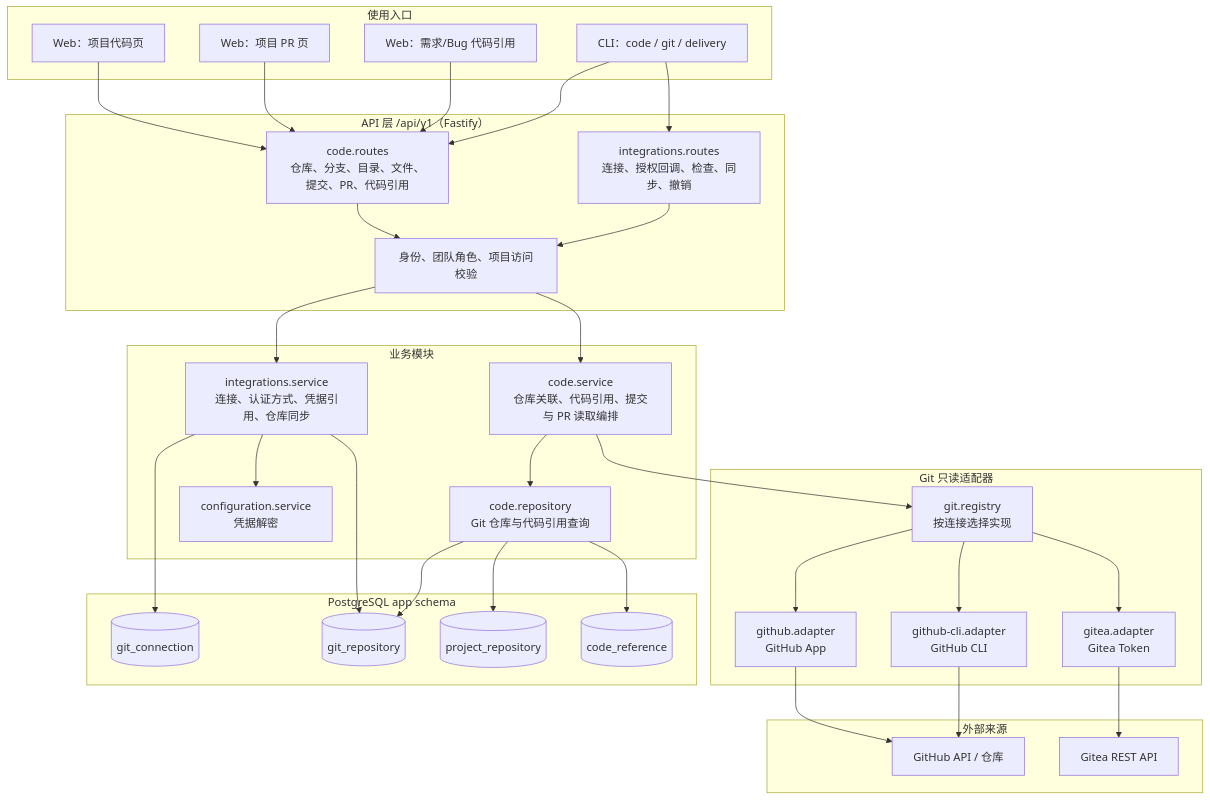
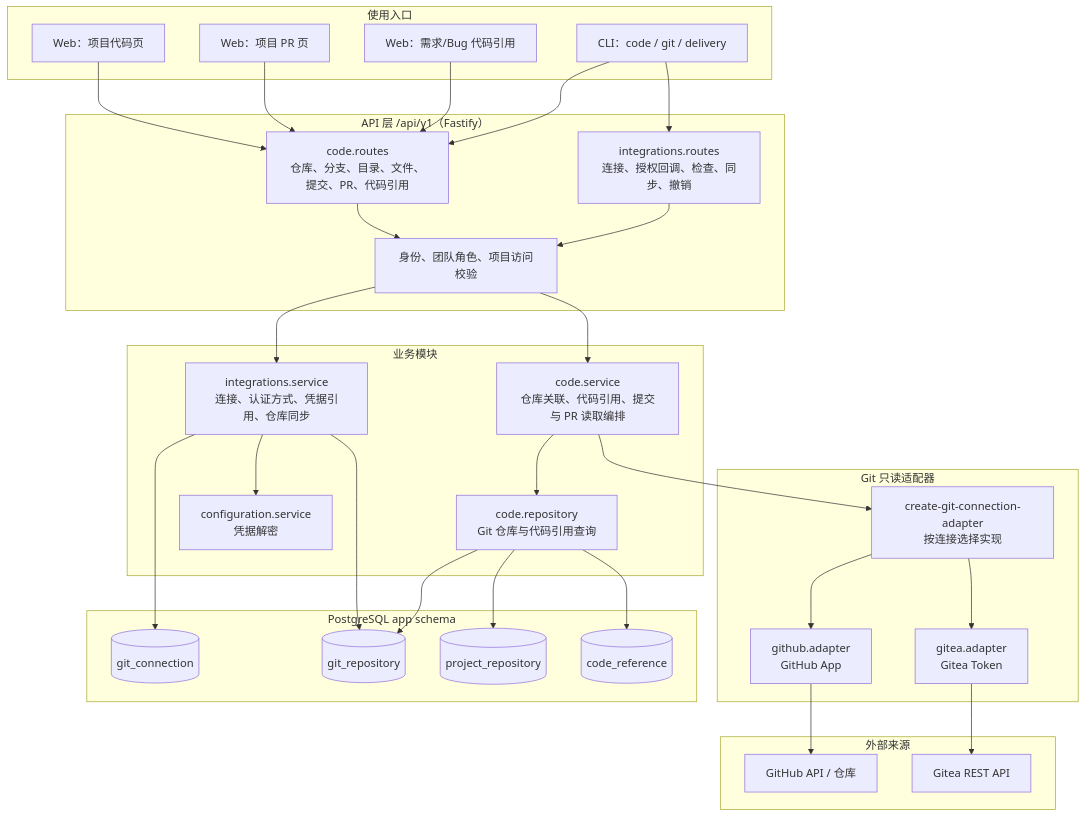
The first of 5 diagrams in docs/architecture/code-pr-pipeline-architecture.md (aiShuiJiaoDeXioShou/dev-ops), drawn with Mermaid before and after one commit. The commit also changed other lines of this file and 23 other files, not shown here.

Commit message:
refactor(integrations): 移除 GitHub CLI 连接方式

````diff
--- a/docs/architecture/code-pr-pipeline-architecture.md
+++ b/docs/architecture/code-pr-pipeline-architecture.md
@@ -29,60 +29,58 @@
 ```mermaid
 flowchart TB
     subgraph entry["使用入口"]
         webCode["Web：项目代码页"]
         webPr["Web：项目 PR 页"]
         webRef["Web：需求/Bug 代码引用"]
         cli["CLI：code / git / delivery"]
     end
 
     subgraph api["API 层 /api/v1（Fastify）"]
         codeRoutes["code.routes<br>仓库、分支、目录、文件、提交、PR、代码引用"]
         integrationRoutes["integrations.routes<br>连接、授权回调、检查、同步、撤销"]
         access["身份、团队角色、项目访问校验"]
     end
 
     subgraph modules["业务模块"]
         codeService["code.service<br>仓库关联、代码引用、提交与 PR 读取编排"]
         codeRepository["code.repository<br>Git 仓库与代码引用查询"]
         integrationService["integrations.service<br>连接、认证方式、凭据引用、仓库同步"]
         configuration["configuration.service<br>凭据解密"]
     end
 
     subgraph adapters["Git 只读适配器"]
-        registry["git.registry<br>按连接选择实现"]
+        registry["create-git-connection-adapter<br>按连接选择实现"]
         githubApp["github.adapter<br>GitHub App"]
-        githubCli["github-cli.adapter<br>GitHub CLI"]
         gitea["gitea.adapter<br>Gitea Token"]
     end
 
     subgraph db["PostgreSQL app schema"]
         connectionTable[("git_connection")]
         repositoryTable[("git_repository")]
         projectRepositoryTable[("project_repository")]
         referenceTable[("code_reference")]
     end
 
     subgraph external["外部来源"]
         github["GitHub API / 仓库"]
         giteaApi["Gitea REST API"]
     end
 
     webCode --> codeRoutes
     webPr --> codeRoutes
     webRef --> codeRoutes
     cli --> codeRoutes
     cli --> integrationRoutes
     codeRoutes --> access --> codeService
     integrationRoutes --> access --> integrationService
     codeService --> codeRepository
     codeService --> registry
     integrationService --> connectionTable
     integrationService --> repositoryTable
     integrationService --> configuration
     registry --> githubApp --> github
-    registry --> githubCli --> github
     registry --> gitea --> giteaApi
     codeRepository --> repositoryTable
     codeRepository --> projectRepositoryTable
     codeRepository --> referenceTable
 ```
````
